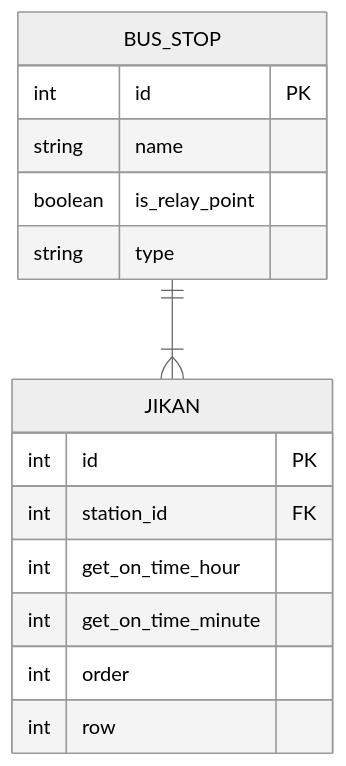
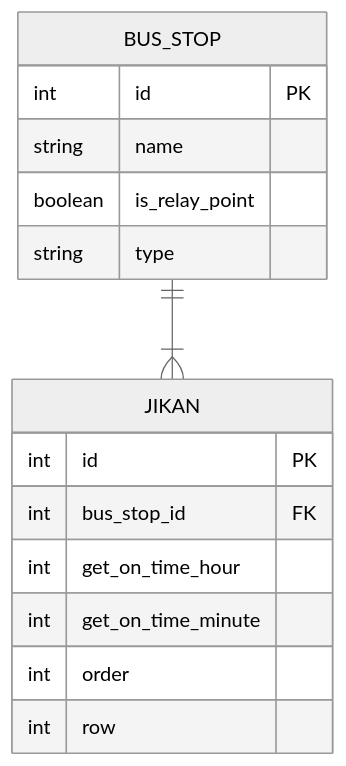
One commit to taiseifukushi/kbus_timetable changed the second of 2 diagrams in doc/diagram.md. Above: the diagram before and after it, drawn with Mermaid (neutral theme). The commit also changed 5 other files, not shown here.

````diff
--- a/doc/diagram.md
+++ b/doc/diagram.md
@@ -31,19 +31,19 @@
 ```mermaid
 erDiagram
     BUS_STOP ||--|{ JIKAN: ""
 
     BUS_STOP {
         int id PK
         string name
         boolean is_relay_point
         string type
     }
     JIKAN {
         int id PK
-        int station_id FK
+        int bus_stop_id FK
         int get_on_time_hour
         int get_on_time_minute
         int order
         int row
     }
 ```
````
